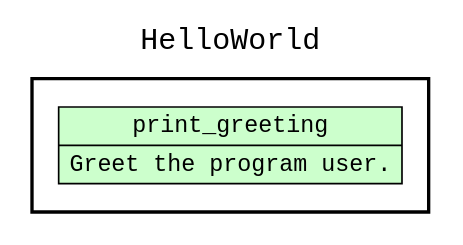
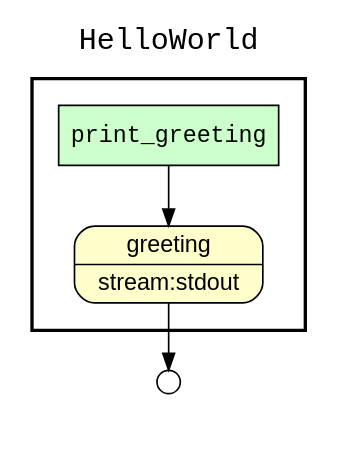
The diagram in examples/01_hello_world/workflow_graph.gv (yesworkflow-org/yw-noworkflow), drawn with Graphviz before and after one commit. The commit also changed 7 other files, not shown here.

Commit message:
Added output port to YW markup for HelloWorld script.

```diff
--- a/examples/01_hello_world/workflow_graph.gv
+++ b/examples/01_hello_world/workflow_graph.gv
@@ -1,12 +1,20 @@
 digraph Workflow {
-rankdir=LR
+rankdir=TB
 fontname=Courier; fontsize=18; labelloc=t
 label=HelloWorld
 subgraph cluster_workflow_box_outer { label=""; color=black; penwidth=2
 subgraph cluster_workflow_box_inner { label=""; color=white
 node[shape=box style=filled fillcolor="#CCFFCC" peripheries=1 fontname=Courier]
-print_greeting [shape=record rankdir=LR label="{{<f0> print_greeting |<f1> Greet the program user.}}"];
+print_greeting
 node[shape=box style="rounded,filled" fillcolor="#FFFFCC" peripheries=1 fontname=Helvetica]
+greeting [shape=record rankdir=LR label="{<f0> greeting |<f1> stream\:stdout}"];
 node[shape=box style="rounded,filled" fillcolor="#FCFCFC" peripheries=1 fontname=Helvetica]
+print_greeting -> greeting
 }}
+subgraph cluster_output_ports_group_outer { label=""; color=white
+subgraph cluster_output_ports_group_inner { label=""; color=white
+node[shape=circle style="rounded,filled" fillcolor="#FFFFFF" peripheries=1 fontname=Helvetica width=0.2]
+greeting_output_port [label=""]
+}}
+greeting -> greeting_output_port
 }
```
